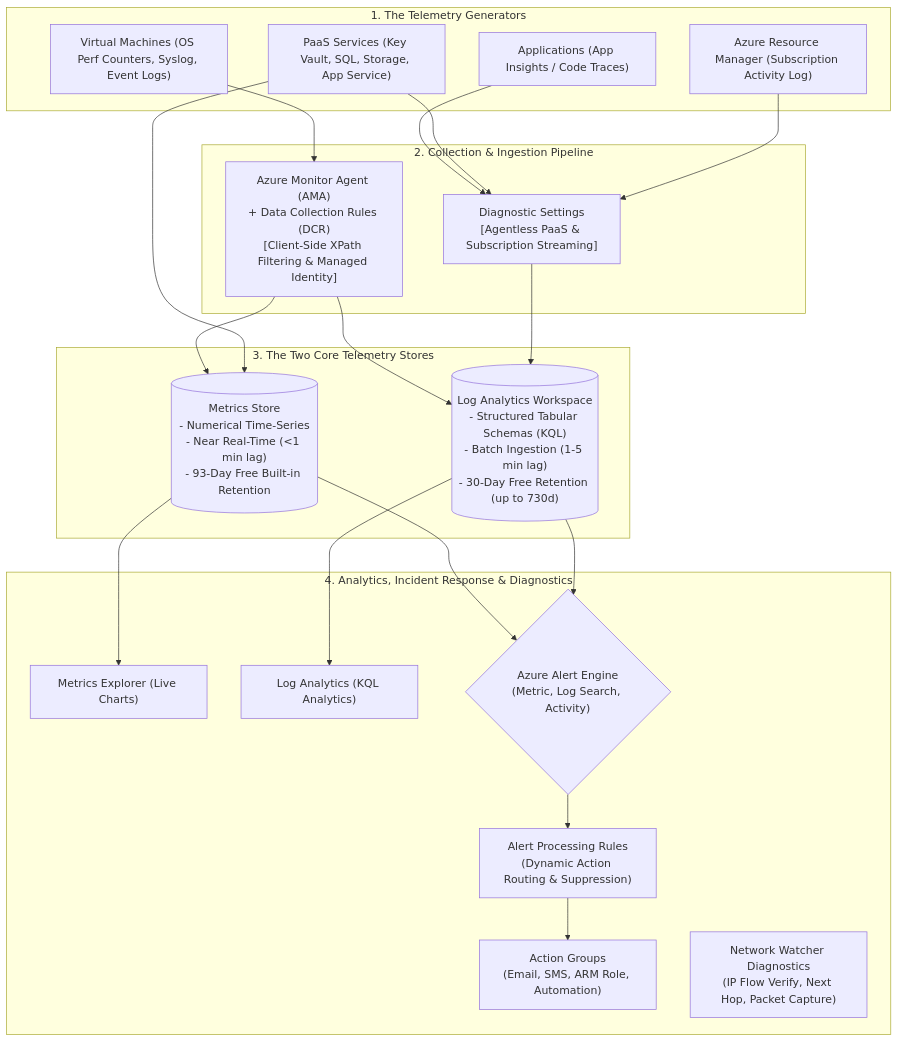
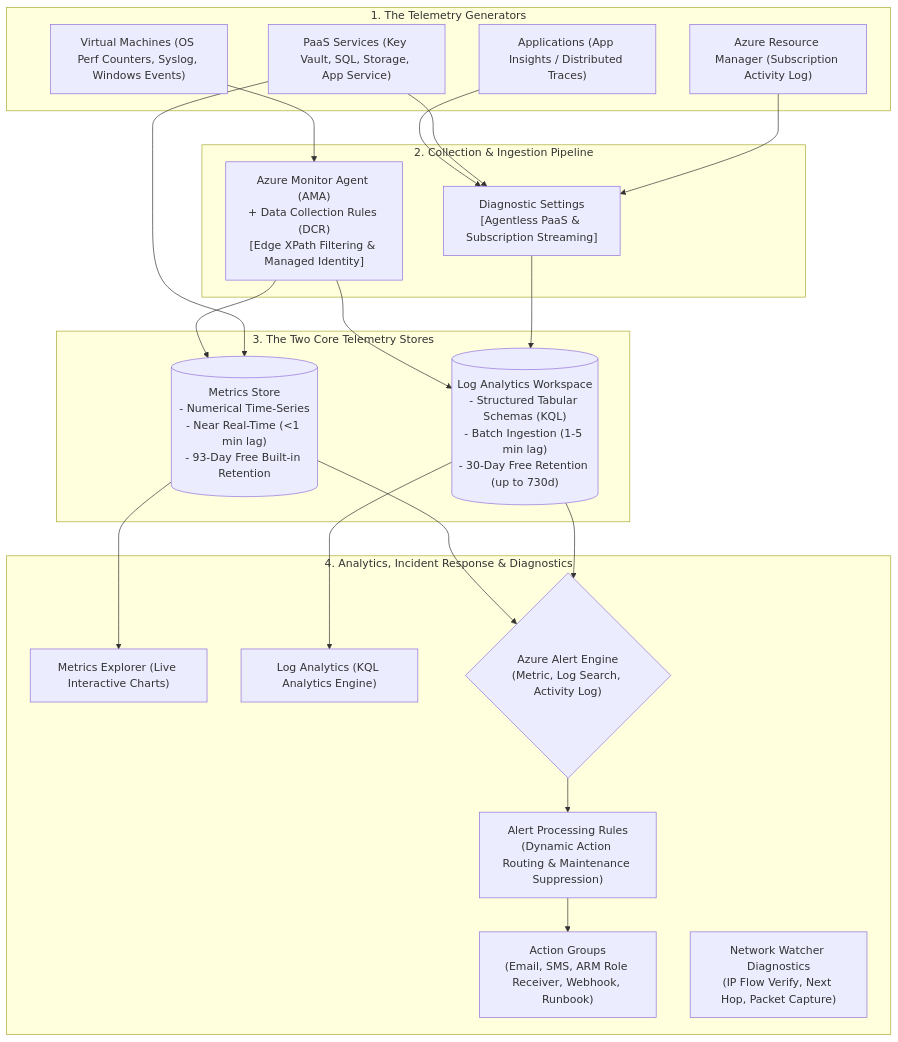
One commit to kmashour/BrainDump changed the diagram in Reference Notes/13-104-12_administer_monitoring.md. Above: the diagram before and after it, drawn with Mermaid. The commit also changed other lines of this file and 6 other files, not shown here.

````diff
--- a/Reference Notes/13-104-12_administer_monitoring.md
+++ b/Reference Notes/13-104-12_administer_monitoring.md
@@ -30,46 +35,46 @@
 ```mermaid
 flowchart TD
     subgraph DataSources ["1. The Telemetry Generators"]
-        Apps["Applications (App Insights / Code Traces)"]
-        VMs["Virtual Machines (OS Perf Counters, Syslog, Event Logs)"]
+        Apps["Applications (App Insights / Distributed Traces)"]
+        VMs["Virtual Machines (OS Perf Counters, Syslog, Windows Events)"]
         PaaS["PaaS Services (Key Vault, SQL, Storage, App Service)"]
         ARMPlane["Azure Resource Manager (Subscription Activity Log)"]
     end
 
     subgraph CollectionPipeline ["2. Collection & Ingestion Pipeline"]
-        AMA["Azure Monitor Agent (AMA)\n+ Data Collection Rules (DCR)\n[Client-Side XPath Filtering & Managed Identity]"]
+        AMA["Azure Monitor Agent (AMA)\n+ Data Collection Rules (DCR)\n[Edge XPath Filtering & Managed Identity]"]
         Diag["Diagnostic Settings\n[Agentless PaaS & Subscription Streaming]"]
     end
 
     subgraph DataStores ["3. The Two Core Telemetry Stores"]
         MetricsStore[("Metrics Store\n- Numerical Time-Series\n- Near Real-Time (<1 min lag)\n- 93-Day Free Built-in Retention")]
         LogStore[("Log Analytics Workspace\n- Structured Tabular Schemas (KQL)\n- Batch Ingestion (1-5 min lag)\n- 30-Day Free Retention (up to 730d)")]
     end
 
     subgraph InsightsAlerts ["4. Analytics, Incident Response & Diagnostics"]
-        Exp["Metrics Explorer (Live Charts)"]
-        KQL["Log Analytics (KQL Analytics)"]
-        AlertEngine{"Azure Alert Engine\n(Metric, Log Search, Activity)"}
-        ProcRules["Alert Processing Rules\n(Dynamic Action Routing & Suppression)"]
-        ActionGroups["Action Groups\n(Email, SMS, ARM Role, Automation)"]
+        Exp["Metrics Explorer (Live Interactive Charts)"]
+        KQL["Log Analytics (KQL Analytics Engine)"]
+        AlertEngine{"Azure Alert Engine\n(Metric, Log Search, Activity Log)"}
+        ProcRules["Alert Processing Rules\n(Dynamic Action Routing & Maintenance Suppression)"]
+        ActionGroups["Action Groups\n(Email, SMS, ARM Role Receiver, Webhook, Runbook)"]
         NetWatch["Network Watcher Diagnostics\n(IP Flow Verify, Next Hop, Packet Capture)"]
     end
 
     VMs --> AMA
     Apps --> Diag
     PaaS --> Diag
     ARMPlane --> Diag
 
     AMA --> MetricsStore
     AMA --> LogStore
     Diag --> LogStore
     PaaS --> MetricsStore
 
     MetricsStore --> Exp
     MetricsStore --> AlertEngine
     LogStore --> KQL
     LogStore --> AlertEngine
 
     AlertEngine --> ProcRules
     ProcRules --> ActionGroups
 ```
````
